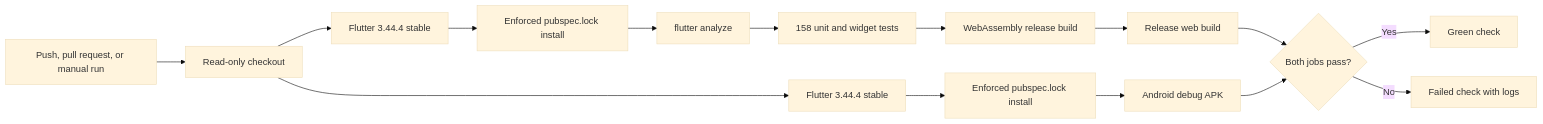
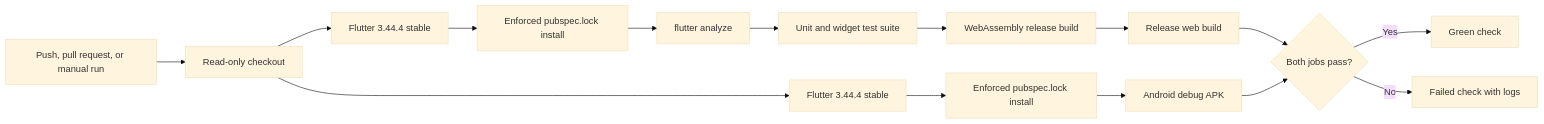
The diagram in docs/flutter-ci.md (Omatsulijoshua/CADPILOT-AI), drawn with Mermaid (base theme) before and after one commit. The commit also changed 2 other files, not shown here.

Commit message:
Document portable project transfer

````diff
--- a/docs/flutter-ci.md
+++ b/docs/flutter-ci.md
@@ -13,17 +13,17 @@
 ```mermaid
 flowchart LR
     Event["Push, pull request, or manual run"] --> Checkout["Read-only checkout"]
     Checkout --> WebSdk["Flutter 3.44.4 stable"]
     Checkout --> AndroidSdk["Flutter 3.44.4 stable"]
     WebSdk --> Lock["Enforced pubspec.lock install"]
     Lock --> Analyze["flutter analyze"]
-    Analyze --> Tests["158 unit and widget tests"]
+    Analyze --> Tests["Unit and widget test suite"]
     Tests --> Wasm["WebAssembly release build"]
     Wasm --> Web["Release web build"]
     AndroidSdk --> AndroidLock["Enforced pubspec.lock install"]
     AndroidLock --> Apk["Android debug APK"]
     Web --> Result{"Both jobs pass?"}
     Apk --> Result
     Result -- "Yes" --> Green["Green check"]
     Result -- "No" --> Logs["Failed check with logs"]
 ```
````
